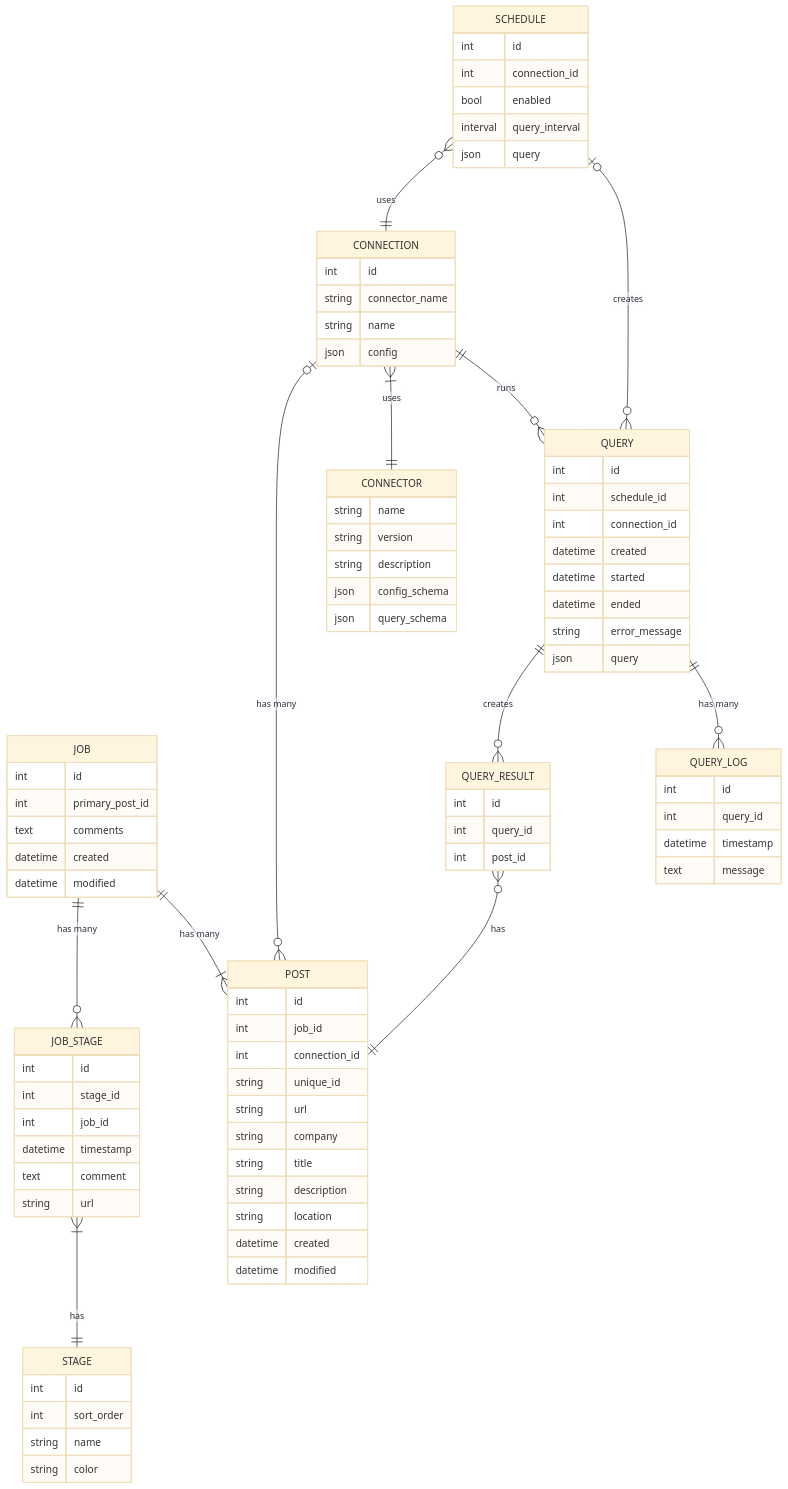
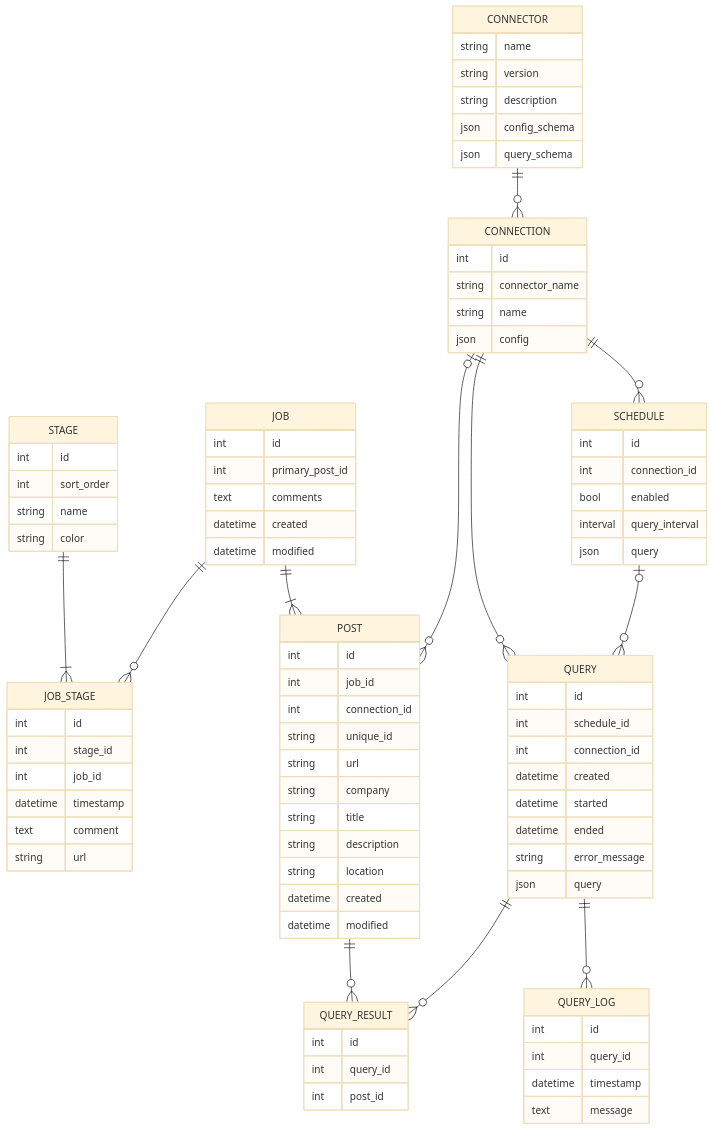
The diagram in erd.mmd (ericanastas/jobflow), drawn with Mermaid (base theme) before and after one commit. The commit also changed 2 other files, not shown here.

Commit message:
Rearranged ER diagram

```diff
--- a/erd.mmd
+++ b/erd.mmd
@@ -1,106 +1,103 @@
 erDiagram
-   CONNECTOR {
-       string name
-       string version
-       string description
-       json config_schema
-       json query_schema
-   }
-   CONNECTION {
-       int id
-       string connector_name
-       string name
-       json config
-   }
+
    JOB {
        int id
 
        int primary_post_id
        text comments
 
        datetime created
        datetime modified
    }
+
+   STAGE {
+       int id
+       int sort_order
+       string name
+       string color
+   }
+
+   JOB_STAGE {
+       int id
+       int stage_id
+       int job_id
+       datetime timestamp
+       text comment
+       string url
+   }
+
    POST {
        int id
 
        int job_id
        int connection_id
        string unique_id
 
        string url
        string company
        string title
        string description
        string location
 
        datetime created
        datetime modified
    }
-   JOB_STAGE {
+
+   CONNECTOR {
+       string name
+       string version
+       string description
+       json config_schema
+       json query_schema
+   }
+
+   CONNECTION {
        int id
-       int stage_id
-       int job_id
-       datetime timestamp
-       text comment
-       string url
+       string connector_name
+       string name
+       json config
    }
-   STAGE {
+
+   SCHEDULE {
        int id
-       int sort_order
-       string name
-       string color
+       int connection_id
+       bool enabled
+       interval query_interval
+       json query
    }
 
    QUERY {
        int id
        int schedule_id
        int connection_id
        datetime created
        datetime started
        datetime ended
        string error_message
        json query
    }
 
    QUERY_RESULT {
        int id
        int query_id
        int post_id
    }
 
    QUERY_LOG {
        int id
        int query_id
        datetime timestamp
        text message
    }
 
-   SCHEDULE {
-       int id
-       int connection_id
-       bool enabled
-       interval query_interval
-       json query
-   }
-
-   JOB ||--o{ JOB_STAGE : "has many"
-   JOB_STAGE }|--|| STAGE : has
-
-
-
-   JOB ||--|{ POST : "has many"
-   CONNECTION o|--o{ POST : "has many"
-   CONNECTION }|--|| CONNECTOR : uses
-
-   CONNECTION ||--o{ QUERY : runs
-
-   SCHEDULE }o--|| CONNECTION : uses
-
-
-   SCHEDULE o|--O{ QUERY : "creates"
-
-
-   QUERY ||--o{ QUERY_RESULT : creates
-   QUERY ||--o{ QUERY_LOG : "has many"
-   QUERY_RESULT }o--|| POST : has
+   STAGE ||--|{ JOB_STAGE : ""
+   JOB ||--o{ JOB_STAGE : ""
+   JOB ||--|{ POST : ""
+   CONNECTOR ||--o{ CONNECTION  : ""
+   CONNECTION o|--o{ POST : ""
+   CONNECTION ||--o{ QUERY : ""
+   CONNECTION ||--o{ SCHEDULE : ""
+   SCHEDULE o|--O{ QUERY : ""
+   POST ||--o{ QUERY_RESULT : ""
+   QUERY ||--o{ QUERY_RESULT : ""
+   QUERY ||--o{ QUERY_LOG : ""
```
